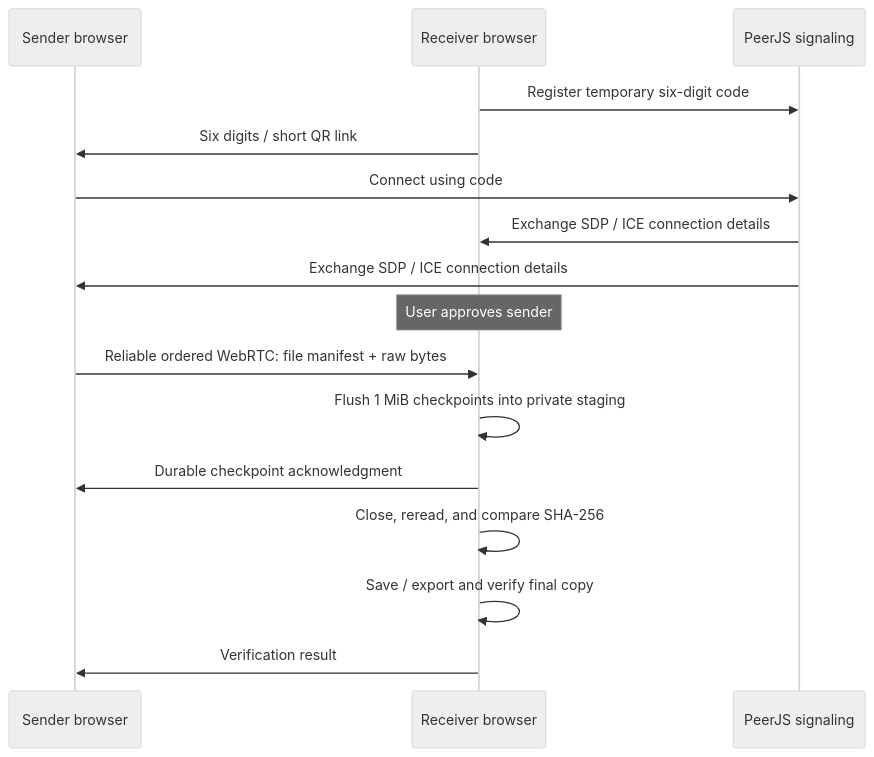
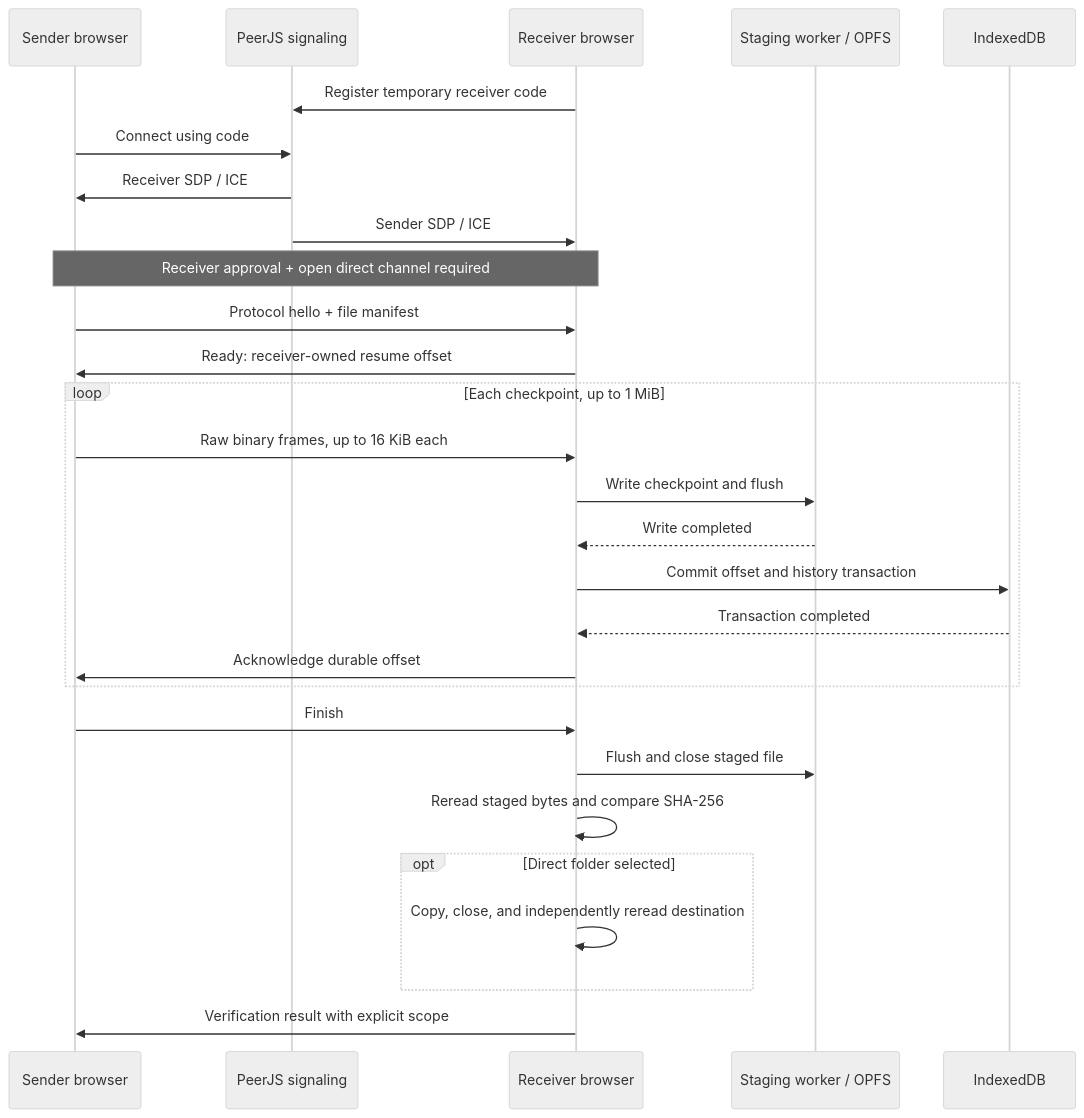
One commit to s4lmon778/PixelGate changed the diagram in README.md. Above: the diagram before and after it, drawn with Mermaid (neutral theme). The commit also changed other lines of this file, not shown here.

````diff
--- a/README.md
+++ b/README.md
@@ -77,18 +85,30 @@
 ```mermaid
 sequenceDiagram
     participant S as Sender browser
+    participant P as PeerJS signaling
     participant R as Receiver browser
-    participant P as PeerJS signaling
-    R->>P: Register temporary six-digit code
-    R->>S: Six digits / short QR link
+    participant W as Staging worker / OPFS
+    participant D as IndexedDB
+    R->>P: Register temporary receiver code
     S->>P: Connect using code
-    P->>R: Exchange SDP / ICE connection details
-    P->>S: Exchange SDP / ICE connection details
-    Note over R: User approves sender
-    S->>R: Reliable ordered WebRTC: file manifest + raw bytes
-    R->>R: Flush 1 MiB checkpoints into private staging
-    R->>S: Durable checkpoint acknowledgment
-    R->>R: Close, reread, and compare SHA-256
-    R->>R: Save / export and verify final copy
-    R->>S: Verification result
+    P->>S: Receiver SDP / ICE
+    P->>R: Sender SDP / ICE
+    Note over S,R: Receiver approval + open direct channel required
+    S->>R: Protocol hello + file manifest
+    R->>S: Ready: receiver-owned resume offset
+    loop Each checkpoint, up to 1 MiB
+        S->>R: Raw binary frames, up to 16 KiB each
+        R->>W: Write checkpoint and flush
+        W-->>R: Write completed
+        R->>D: Commit offset and history transaction
+        D-->>R: Transaction completed
+        R->>S: Acknowledge durable offset
+    end
+    S->>R: Finish
+    R->>W: Flush and close staged file
+    R->>R: Reread staged bytes and compare SHA-256
+    opt Direct folder selected
+        R->>R: Copy, close, and independently reread destination
+    end
+    R->>S: Verification result with explicit scope
 ```
````
